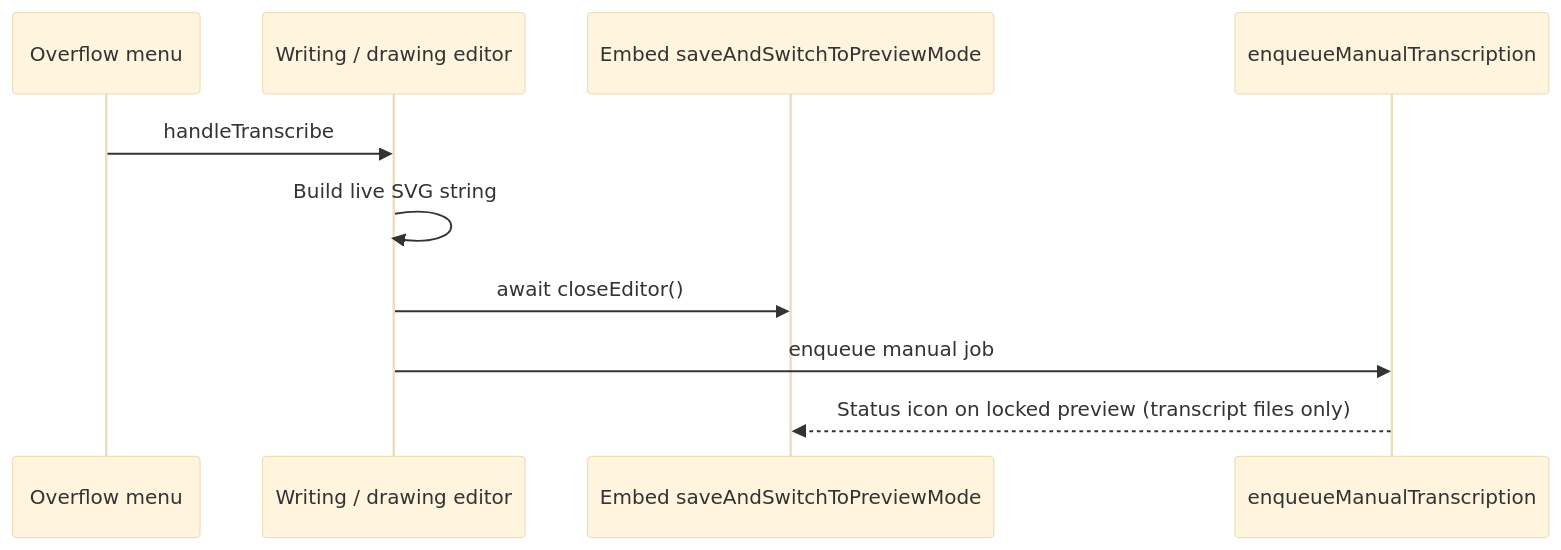
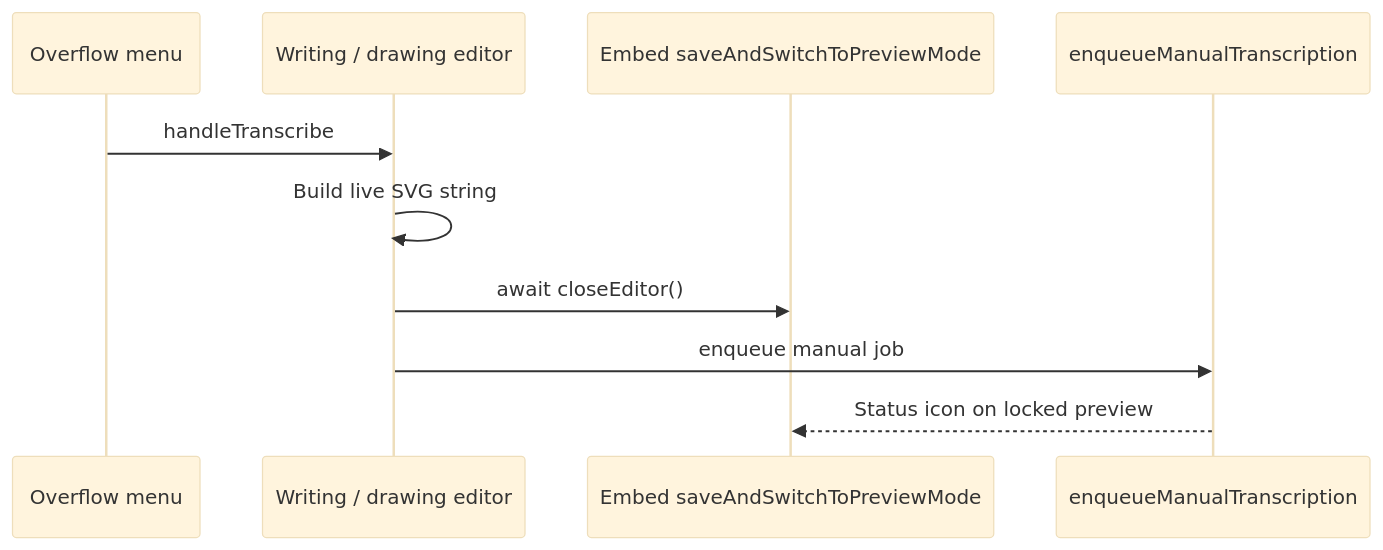
Before and after one commit to daledesilva/obsidian_ink: the second of 8 diagrams in docs/writing-transcription.md, drawn with Mermaid (base theme). The commit also changed other lines of this file and 7 other files, not shown here.

````diff
--- a/docs/writing-transcription.md
+++ b/docs/writing-transcription.md
@@ -50,12 +50,12 @@
 ```mermaid
 sequenceDiagram
   participant Menu as Overflow menu
   participant Editor as Writing / drawing editor
   participant Embed as Embed saveAndSwitchToPreviewMode
   participant Queue as enqueueManualTranscription
   Menu->>Editor: handleTranscribe
   Editor->>Editor: Build live SVG string
   Editor->>Embed: await closeEditor()
   Editor->>Queue: enqueue manual job
-  Queue-->>Embed: Status icon on locked preview (transcript files only)
+  Queue-->>Embed: Status icon on locked preview
 ```
````
